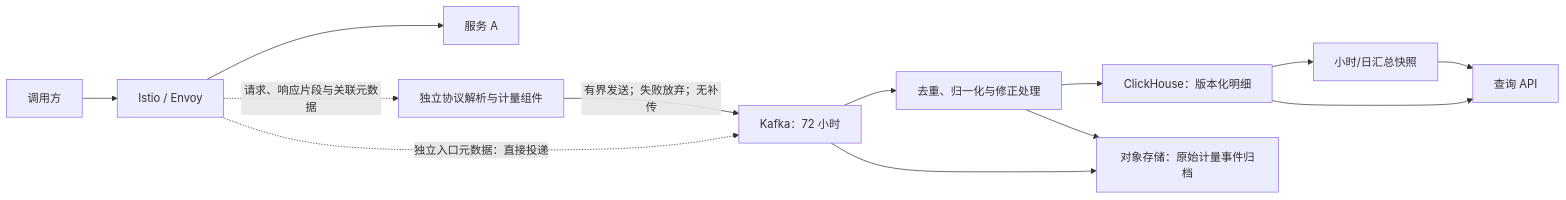
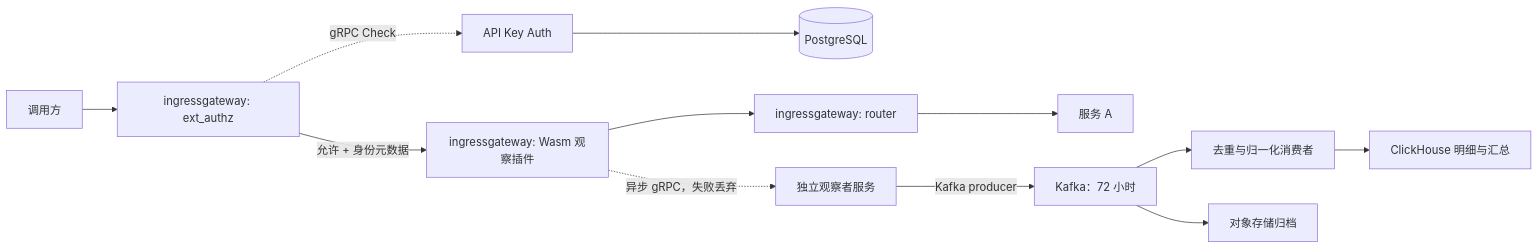
Before and after one commit to Fangyan33/llm-token-stats: the diagram in docs/token-metering-design.md, drawn with Mermaid. The commit also changed other lines of this file and 3 other files, not shown here.

Commit message:
api-key auth service and gateway request conllection

````diff
--- a/docs/token-metering-design.md
+++ b/docs/token-metering-design.md
@@ -33,15 +80,14 @@
-```mermaid
+~~~mermaid
 flowchart LR
-    U[调用方] --> G[Istio / Envoy]
+    U[调用方] --> X[ingressgateway: ext_authz]
+    X -. gRPC Check .-> H[API Key Auth]
+    H --> P[(PostgreSQL)]
+    X -->|允许 + 身份元数据| W[ingressgateway: Wasm 观察插件]
+    W --> G[ingressgateway: router]
     G --> A[服务 A]
-    G -. 请求、响应片段与关联元数据 .-> M[独立协议解析与计量组件]
-    M -->|有界发送；失败放弃；无补传| K[Kafka：72 小时]
-    G -. 独立入口元数据：直接投递 .-> K
-    K --> N[去重、归一化与修正处理]
-    N --> D[ClickHouse：版本化明细]
-    D --> H[小时/日汇总快照]
-    K --> O[对象存储：原始计量事件归档]
-    N --> O
-    D --> Q[查询 API]
-    H --> Q
-```
+    W -. 异步 gRPC，失败丢弃 .-> O[独立观察者服务]
+    O -->|Kafka producer| K[Kafka：72 小时]
+    K --> C[去重与归一化消费者]
+    C --> D[ClickHouse 明细与汇总]
+    K --> S[对象存储归档]
+~~~
````
